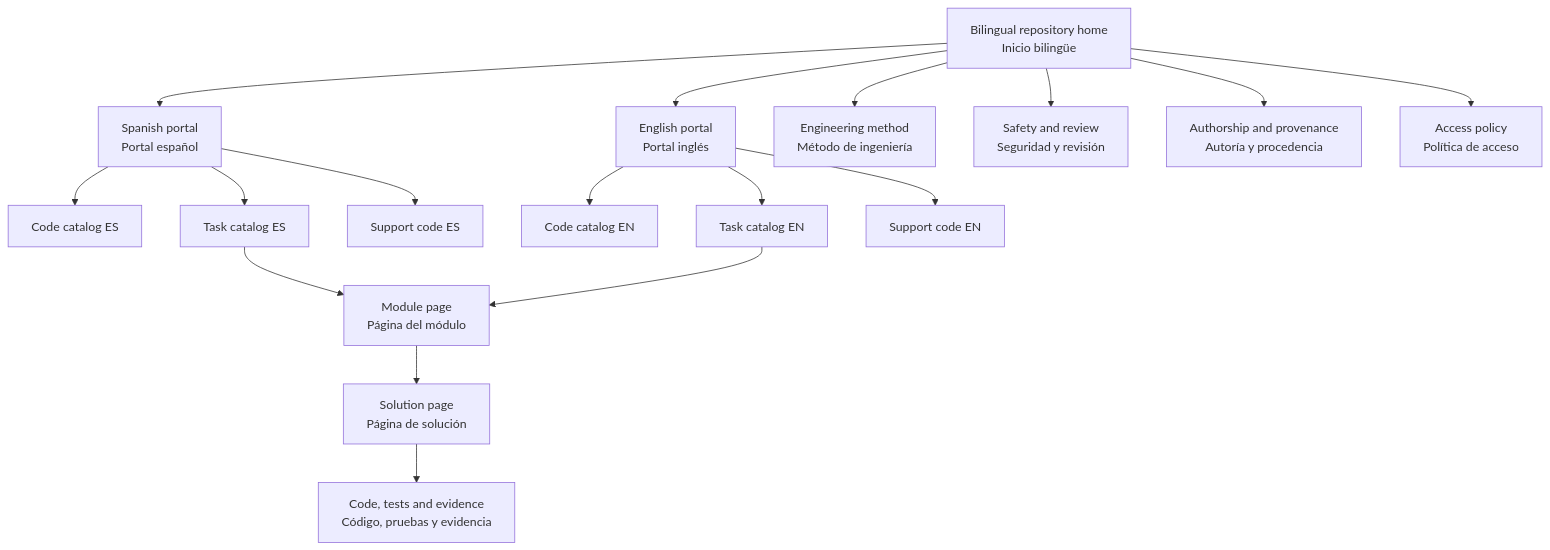
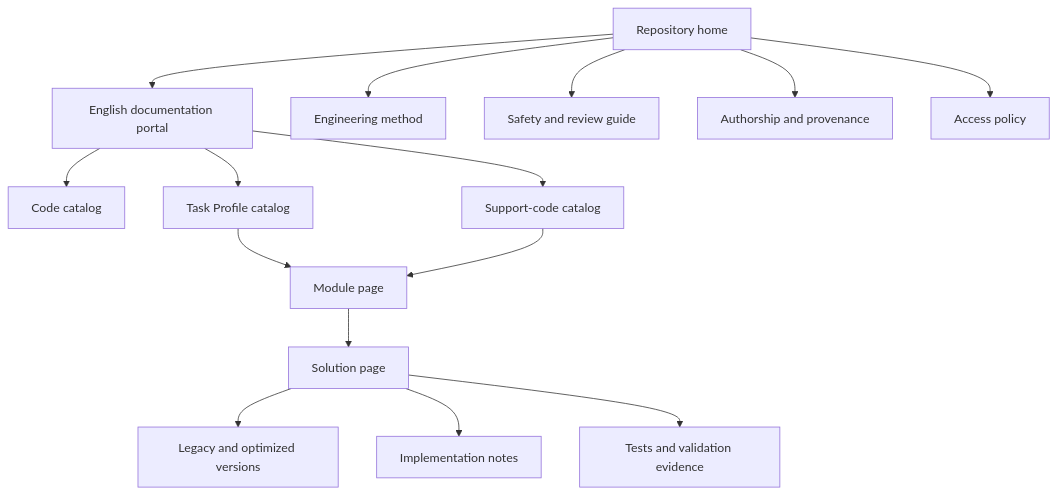
Before and after one commit to yorzethmc/etq-reliance-automation-overview: the third of 14 diagrams in README.md, drawn with Mermaid. The commit also changed other lines of this file, not shown here.

Commit message:
Separate English and Spanish documentation

````diff
--- a/README.md
+++ b/README.md
@@ -209,19 +190,17 @@
 ```mermaid
 flowchart TD
-    Home["Bilingual repository home<br/>Inicio bilingüe"] --> PortalES["Spanish portal<br/>Portal español"]
-    Home --> PortalEN["English portal<br/>Portal inglés"]
-    PortalES --> CatalogES["Code catalog ES"]
-    PortalES --> TasksES["Task catalog ES"]
-    PortalES --> SupportES["Support code ES"]
-    PortalEN --> CatalogEN["Code catalog EN"]
-    PortalEN --> TasksEN["Task catalog EN"]
-    PortalEN --> SupportEN["Support code EN"]
-    Home --> Method["Engineering method<br/>Método de ingeniería"]
-    Home --> Safety["Safety and review<br/>Seguridad y revisión"]
-    Home --> Authorship["Authorship and provenance<br/>Autoría y procedencia"]
-    Home --> Access["Access policy<br/>Política de acceso"]
-    TasksES --> Module["Module page<br/>Página del módulo"]
-    TasksEN --> Module
-    Module --> Solution["Solution page<br/>Página de solución"]
-    Solution --> Implementation["Code, tests and evidence<br/>Código, pruebas y evidencia"]
+    Home["Repository home"] --> EnglishPortal["English documentation portal"]
+    EnglishPortal --> CodeCatalog["Code catalog"]
+    EnglishPortal --> TaskCatalog["Task Profile catalog"]
+    EnglishPortal --> SupportCatalog["Support-code catalog"]
+    Home --> Method["Engineering method"]
+    Home --> Safety["Safety and review guide"]
+    Home --> Authorship["Authorship and provenance"]
+    Home --> Access["Access policy"]
+    TaskCatalog --> Module["Module page"]
+    SupportCatalog --> Module
+    Module --> Solution["Solution page"]
+    Solution --> Versions["Legacy and optimized versions"]
+    Solution --> Implementation["Implementation notes"]
+    Solution --> Tests["Tests and validation evidence"]
 ```
````
